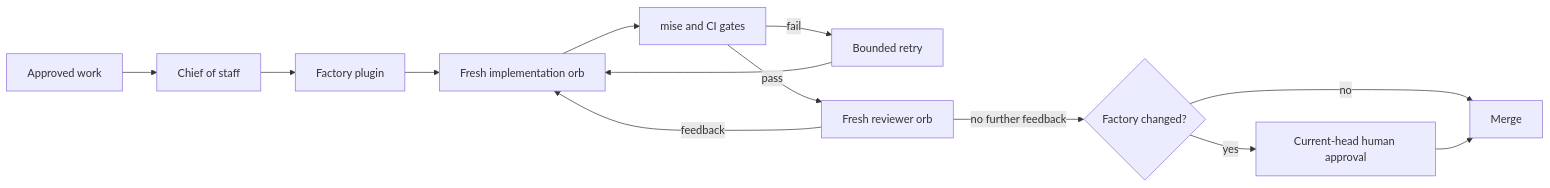
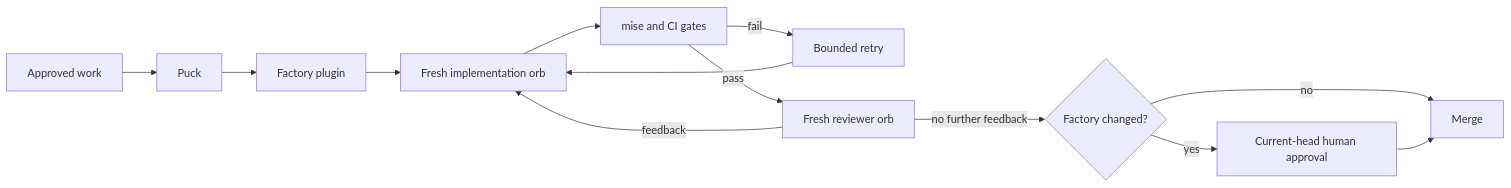
The first of 2 diagrams in docs/factory/readme.md (nateberkopec/mcp-deadmansnitch), drawn with Mermaid before and after one commit. The commit also changed other lines of this file and 1 other file, not shown here.

Commit message:
docs: make Puck the factory operator [ci skip]

````diff
--- a/docs/factory/readme.md
+++ b/docs/factory/readme.md
@@ -7,15 +7,15 @@
 ```mermaid
 flowchart LR
-    H[Approved work] --> C[Chief of staff]
+    H[Approved work] --> C[Puck]
     C --> P[Factory plugin]
     P --> A[Fresh implementation orb]
     A --> G[mise and CI gates]
     G -->|fail| R[Bounded retry]
     R --> A
     G -->|pass| V[Fresh reviewer orb]
     V -->|feedback| A
     V -->|no further feedback| F{Factory changed?}
     F -->|no| M[Merge]
     F -->|yes| U[Current-head human approval]
     U --> M
 ```
````
